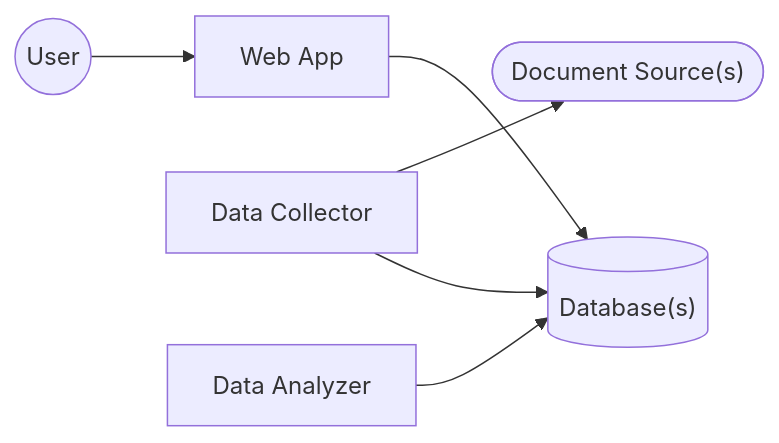
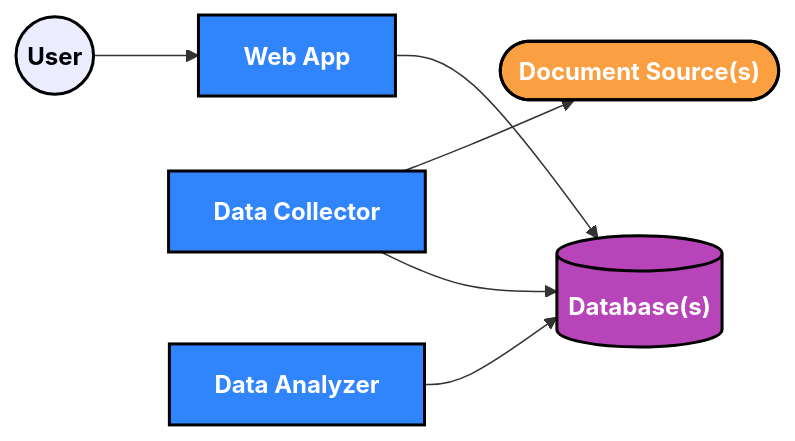
One commit to initialcapacity/news-analyzer changed the first of 3 diagrams in README.md. Above: the diagram before and after it, drawn with Mermaid. The commit also changed other lines of this file, not shown here.

Commit message:
Color diagrams

````diff
--- a/README.md
+++ b/README.md
@@ -13,15 +13,26 @@
 ```mermaid
 flowchart LR
     user((User))
     app[Web App]
     docs(["Document Source(s)"])
     db[("Database(s)")]
     collector[Data Collector]
     analyzer[Data Analyzer]
     
     user --> app
     collector --> docs
     collector --> db
     app --> db
     analyzer --> db
+
+    classDef node font-weight:bold,color:white,stroke:black,stroke-width:2px;
+    classDef app fill:#3185FC;
+    classDef db fill:#B744B8;
+    classDef external fill:#FA9F42;
+    classDef user color: black;
+
+    class app,collector,analyzer app;
+    class db db;
+    class docs external;
+    class user user;
 ```
````
